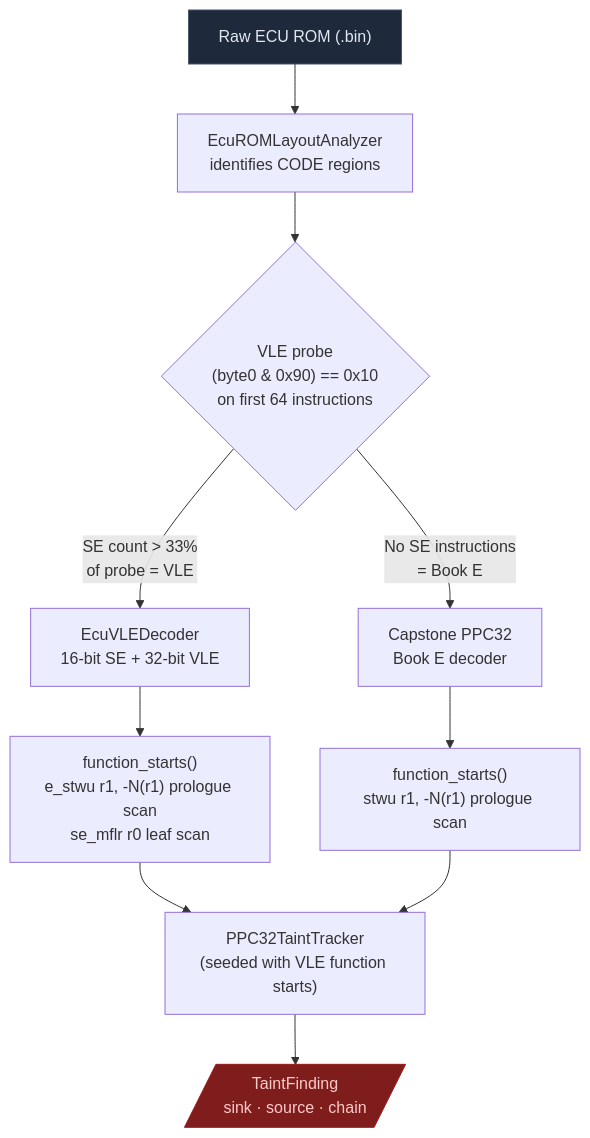
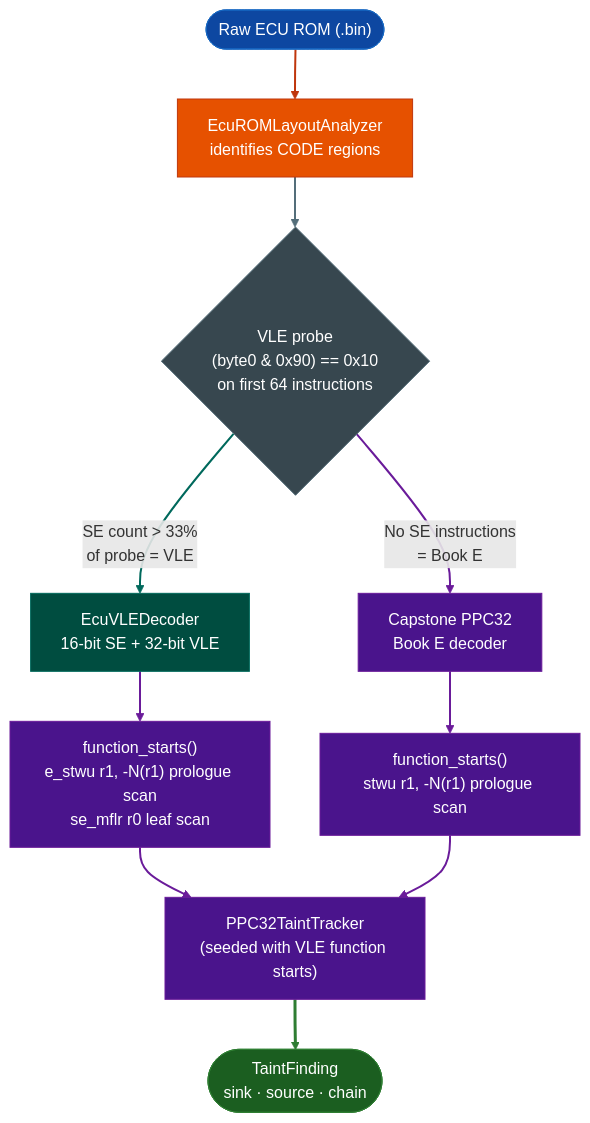
Before and after one commit to Ablation-Tool/ablation: the diagram in docs/reference-modules/ecu-vle-decoder.md, drawn with Mermaid. The commit also changed 320 other files, not shown here.

First line of the commit message:
docs: apply canonical Mermaid template to all 321 diagrams

````diff
--- a/docs/reference-modules/ecu-vle-decoder.md
+++ b/docs/reference-modules/ecu-vle-decoder.md
@@ -28,15 +28,27 @@
 ```mermaid
 flowchart TD
-    A["Raw ECU ROM (.bin)"] --> B["EcuROMLayoutAnalyzer\nidentifies CODE regions"]
-    B --> C{"VLE probe\n(byte0 & 0x90) == 0x10\non first 64 instructions"}
-    C -->|"SE count > 33%\nof probe = VLE"| D["EcuVLEDecoder\n16-bit SE + 32-bit VLE"]
-    C -->|"No SE instructions\n= Book E"| E["Capstone PPC32\nBook E decoder"]
-    D --> F["function_starts()\ne_stwu r1, -N(r1) prologue scan\nse_mflr r0 leaf scan"]
-    E --> G["function_starts()\nstwu r1, -N(r1) prologue scan"]
-    F --> H["PPC32TaintTracker\n(seeded with VLE function starts)"]
-    G --> H
-    H --> I[/"TaintFinding\nsink · source · chain"/]
-
-    style A fill:#1e293b,stroke:#475569,color:#e2e8f0
-    style I fill:#7f1d1d,stroke:#991b1b,color:#fecaca
+    A(["Raw ECU ROM (.bin)"]):::input --> B["EcuROMLayoutAnalyzer\nidentifies CODE regions"]:::primary
+    B:::primary --> C{"VLE probe\n(byte0 & 0x90) == 0x10\non first 64 instructions"}:::neutral
+    C:::neutral -->|"SE count > 33%\nof probe = VLE"| D["EcuVLEDecoder\n16-bit SE + 32-bit VLE"]:::secondary
+    C:::neutral -->|"No SE instructions\n= Book E"| E["Capstone PPC32\nBook E decoder"]:::tertiary
+    D:::secondary --> F["function_starts()\ne_stwu r1, -N(r1) prologue scan\nse_mflr r0 leaf scan"]:::tertiary
+    E:::tertiary --> G["function_starts()\nstwu r1, -N(r1) prologue scan"]:::tertiary
+    F:::tertiary --> H["PPC32TaintTracker\n(seeded with VLE function starts)"]:::tertiary
+    G:::tertiary --> H:::tertiary
+    H:::tertiary --> I(["TaintFinding\nsink · source · chain"]):::output
+    classDef input     fill:#0d47a1,stroke:#1565c0,color:#fff
+    classDef primary   fill:#e65100,stroke:#bf360c,color:#fff
+    classDef secondary fill:#004d40,stroke:#00695c,color:#fff
+    classDef tertiary  fill:#4a148c,stroke:#6a1b9a,color:#fff
+    classDef neutral   fill:#37474f,stroke:#546e7a,color:#fff
+    classDef output    fill:#1b5e20,stroke:#2e7d32,color:#fff
+    linkStyle 0 stroke:#bf360c,stroke-width:2px
+    linkStyle 1 stroke:#546e7a,stroke-width:2px
+    linkStyle 2 stroke:#00695c,stroke-width:2px
+    linkStyle 3 stroke:#6a1b9a,stroke-width:2px
+    linkStyle 4 stroke:#6a1b9a,stroke-width:2px
+    linkStyle 5 stroke:#6a1b9a,stroke-width:2px
+    linkStyle 6 stroke:#6a1b9a,stroke-width:2px
+    linkStyle 7 stroke:#6a1b9a,stroke-width:2px
+    linkStyle 8 stroke:#2e7d32,stroke-width:3px
 ```
````
